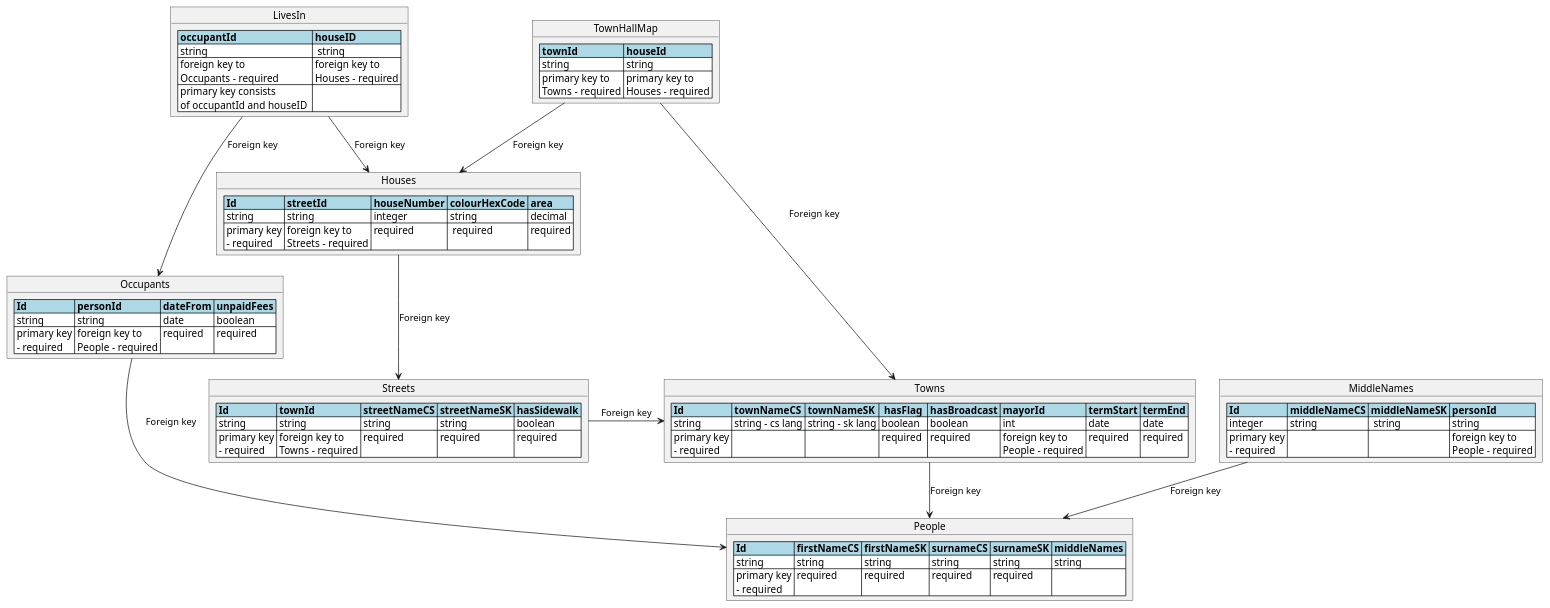
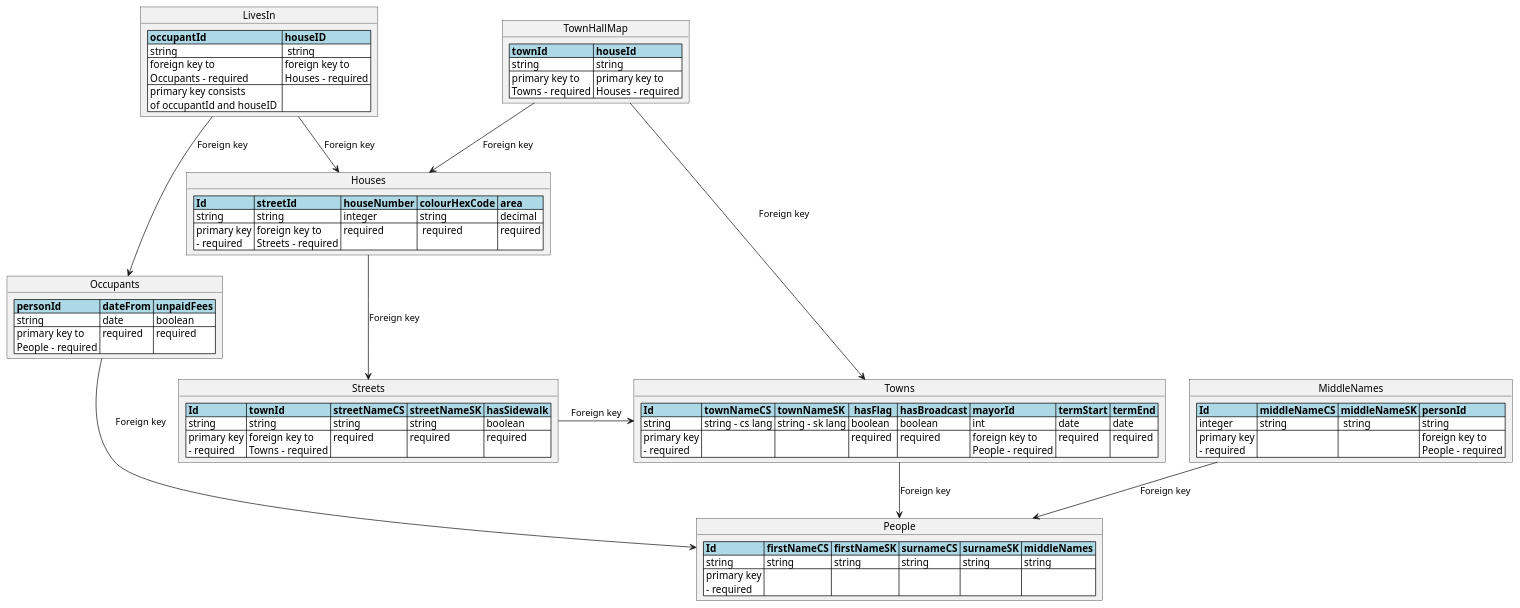
One commit to michael-sevcik/NPRG036-Data-Formats changed the diagram in 4/model/ralational.plantuml. Above: the diagram before and after it, drawn with PlantUML. The commit also changed 3 other files, not shown here.

```diff
--- a/4/model/ralational.plantuml
+++ b/4/model/ralational.plantuml
@@ -1,70 +1,69 @@
 @startuml townDiagram
 
 hide circle
 
 object Towns {
   <#lightblue,#black>|= Id |= townNameCS |= townNameSK |=  hasFlag  |= hasBroadcast |= mayorId |= termStart |= termEnd |
   <#white>| string | string - cs lang | string - sk lang | boolean | boolean | int | date | date |
   <#white>| primary key \n - required | | | required | required | foreign key to \n People - required | required | required |
 }
 
 object People {
   <#lightblue,#black>|= Id |= firstNameCS |= firstNameSK |= surnameCS |= surnameSK |= middleNames |
   <#white>| string | string | string | string | string | string | 
-  <#white>| primary key \n - required | required | required | required | required | |
+  <#white>| primary key \n - required | | | | | |
 }
 
 object LivesIn {
   <#lightblue,#black>|= occupantId |= houseID |
   <#white>| string |  string |
   <#white>| foreign key to \n Occupants - required | foreign key to \n Houses - required |
   <#white>| primary key consists \n of occupantId and houseID  | |
-
 }
 
 object MiddleNames {
   <#lightblue,#black>|= Id |= middleNameCS |= middleNameSK |= personId |
   <#white>| integer | string |  string | string |
   <#white>| primary key \n - required | | | foreign key to \n People - required |
 }
 
 object Occupants {
-  <#lightblue,#black>|= Id |= personId |= dateFrom |= unpaidFees |
-  <#white>| string | string | date | boolean |
-  <#white>| primary key \n - required | foreign key to \n People - required | required | required |
+  <#lightblue,#black>|= personId |= dateFrom |= unpaidFees |
+  <#white>| string | date | boolean |
+  <#white>| primary key to \n People - required | required | required |
 }
 
 object TownHallMap {
   <#lightblue,#black>|= townId |= houseId |
   <#white>| string | string |
   <#white>| primary key to \n Towns - required | primary key to \n Houses - required | date \n - required | boolean \n - required |
 }
 
 ' TODO: the same problem with streetName and langs
 object Streets {
   <#lightblue,#black>|= Id |= townId |= streetNameCS |= streetNameSK |= hasSidewalk |
   <#white>| string | string | string | string | boolean |
   <#white>| primary key \n - required | foreign key to \n Towns - required | required | required | required |
 }
 
 object Houses {
   <#lightblue,#black>|= Id |= streetId |= houseNumber |= colourHexCode |= area |
   <#white>| string | string | integer | string | decimal |
   <#white>| primary key \n - required | foreign key to \n Streets - required | required |  required | required |
 }
 
 Occupants -d-> People : "Foreign key"
 Houses -d-> Streets : "Foreign key"
 Streets -> Towns : "Foreign key"
 Towns -d-> People : "Foreign key"
 MiddleNames --> People : "Foreign key"
 TownHallMap -d-> Towns : "Foreign key"
 TownHallMap -d-> Houses : "Foreign key"
 LivesIn --> Occupants : "Foreign key"
 LivesIn --> Houses : "Foreign key"
 
 
 
 
 
 @enduml
```
